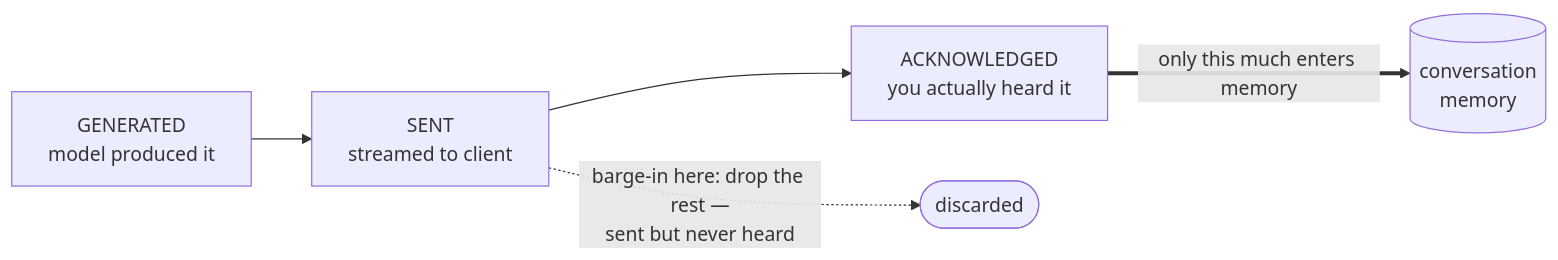
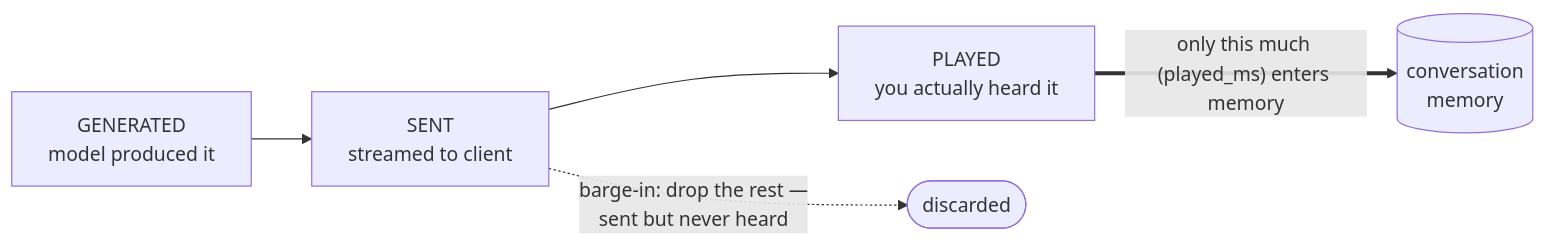
The ninth of 13 diagrams in content/blog/full-duplex-session.md (lishunyang12/lishunyang12.github.io), drawn with Mermaid before and after one commit. The commit also changed other lines of this file, not shown here.

````diff
--- a/content/blog/full-duplex-session.md
+++ b/content/blog/full-duplex-session.md
@@ -271,6 +293,6 @@
 ```mermaid
 flowchart LR
-    g["GENERATED<br/>model produced it"] --> s["SENT<br/>streamed to client"] --> a["ACKNOWLEDGED<br/>you actually heard it"]
-    a == "only this much enters memory" ==> mem[("conversation<br/>memory")]
-    s -. "barge-in here: drop the rest —<br/>sent but never heard" .-> x(["discarded"])
+    g["GENERATED<br/>model produced it"] --> s["SENT<br/>streamed to client"] --> a["PLAYED<br/>you actually heard it"]
+    a == "only this much (played_ms) enters memory" ==> mem[("conversation<br/>memory")]
+    s -. "barge-in: drop the rest —<br/>sent but never heard" .-> x(["discarded"])
 ```
````
